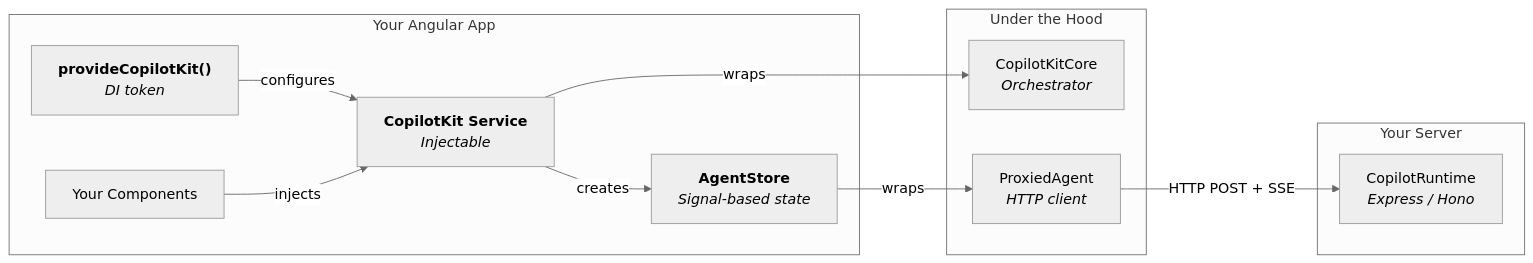
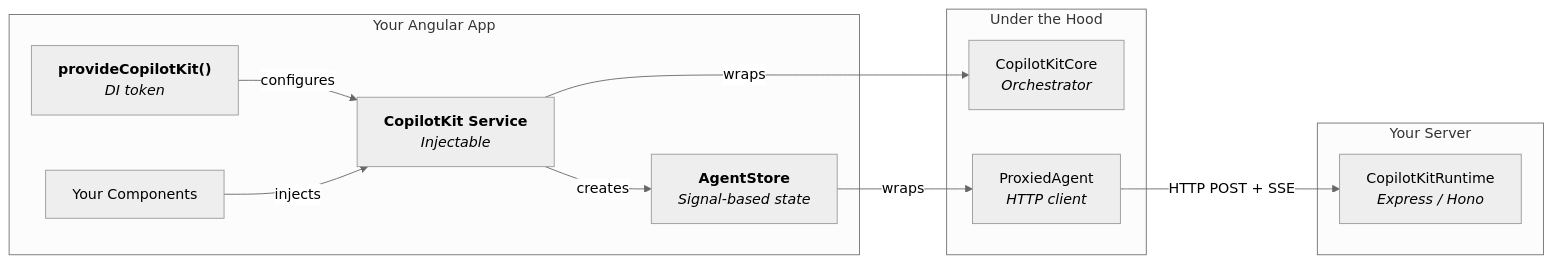
The first of 5 diagrams in dev-docs/architecture/setup-angular.md (CopilotKit/CopilotKit), drawn with Mermaid (neutral theme) before and after one commit. The commit also changed 30 other files, not shown here.

Commit message:
docs: use the CopilotKit* runtime names in package docs and comments

````diff
--- a/dev-docs/architecture/setup-angular.md
+++ b/dev-docs/architecture/setup-angular.md
@@ -9,25 +9,25 @@
 ```mermaid
 graph LR
     subgraph Your Angular App
         DI["<b>provideCopilotKit()</b><br/><i>DI token</i>"]
         Service["<b>CopilotKit Service</b><br/><i>Injectable</i>"]
         Store["<b>AgentStore</b><br/><i>Signal-based state</i>"]
         Comp["Your Components"]
     end
 
     subgraph Under the Hood
         Core["CopilotKitCore<br/><i>Orchestrator</i>"]
         Proxy["ProxiedAgent<br/><i>HTTP client</i>"]
     end
 
     subgraph Your Server
-        Runtime["CopilotRuntime<br/><i>Express / Hono</i>"]
+        Runtime["CopilotKitRuntime<br/><i>Express / Hono</i>"]
     end
 
     DI -->|configures| Service
     Service -->|wraps| Core
     Comp -->|injects| Service
     Service -->|creates| Store
     Store -->|wraps| Proxy
     Proxy -->|HTTP POST + SSE| Runtime
 ```
````
